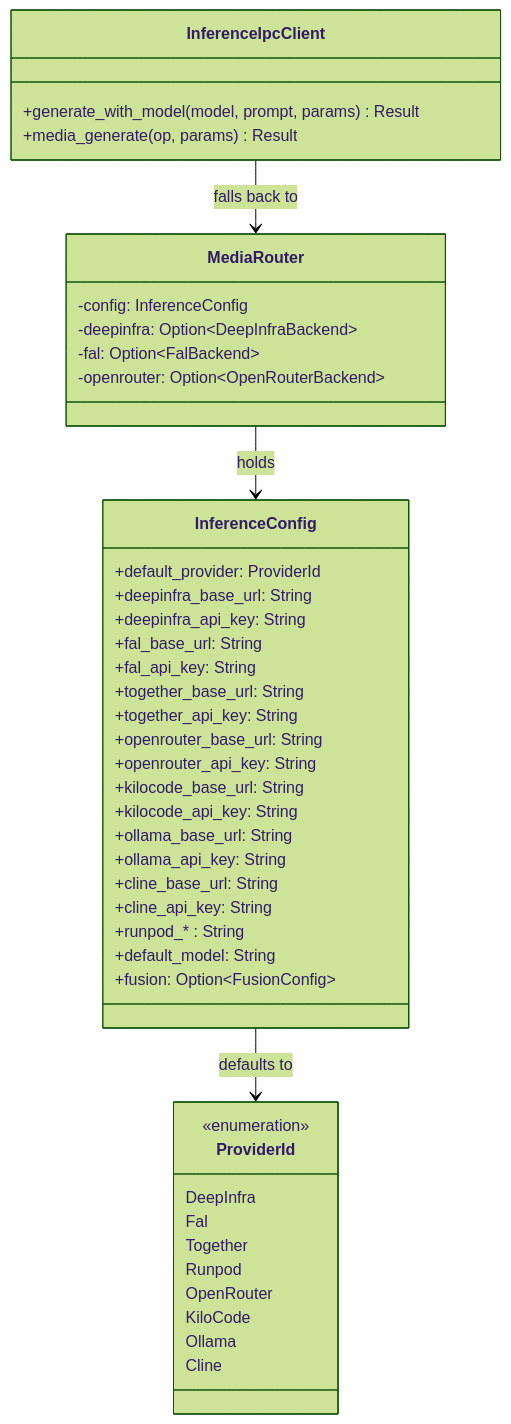
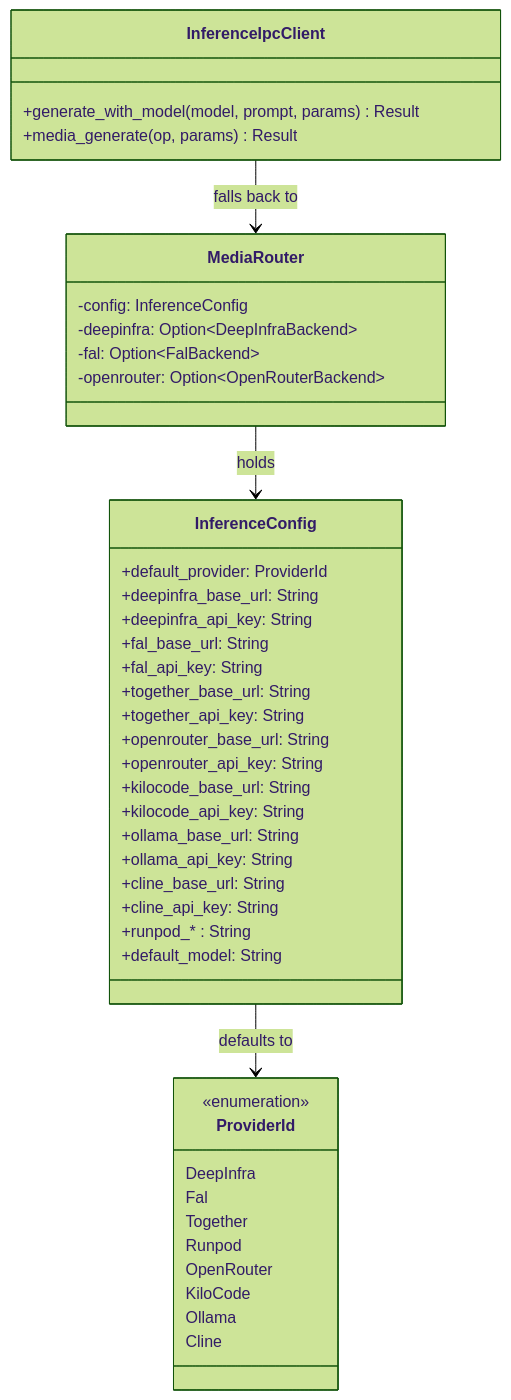
Before and after one commit to mdz-axo/zed-kask: the diagram in kask/docs/diataxis/hkask-inference/reference.md, drawn with Mermaid (forest theme). The commit also changed other lines of this file and 35 other files, not shown here.

````diff
--- a/kask/docs/diataxis/hkask-inference/reference.md
+++ b/kask/docs/diataxis/hkask-inference/reference.md
@@ -50,48 +49,47 @@
 ```mermaid
 classDiagram
     class ProviderId {
         <<enumeration>>
         DeepInfra
         Fal
         Together
         Runpod
         OpenRouter
         KiloCode
         Ollama
         Cline
     }
     class InferenceConfig {
         +default_provider: ProviderId
         +deepinfra_base_url: String
         +deepinfra_api_key: String
         +fal_base_url: String
         +fal_api_key: String
         +together_base_url: String
         +together_api_key: String
         +openrouter_base_url: String
         +openrouter_api_key: String
         +kilocode_base_url: String
         +kilocode_api_key: String
         +ollama_base_url: String
         +ollama_api_key: String
         +cline_base_url: String
         +cline_api_key: String
         +runpod_* : String
         +default_model: String
-        +fusion: Option~FusionConfig~
     }
     class MediaRouter {
         -config: InferenceConfig
         -deepinfra: Option~DeepInfraBackend~
         -fal: Option~FalBackend~
         -openrouter: Option~OpenRouterBackend~
     }
     class InferenceIpcClient {
         +generate_with_model(model, prompt, params) Result
         +media_generate(op, params) Result
     }
 
     MediaRouter --> InferenceConfig : holds
     InferenceIpcClient --> MediaRouter : falls back to
     InferenceConfig --> ProviderId : defaults to
 ```
````
